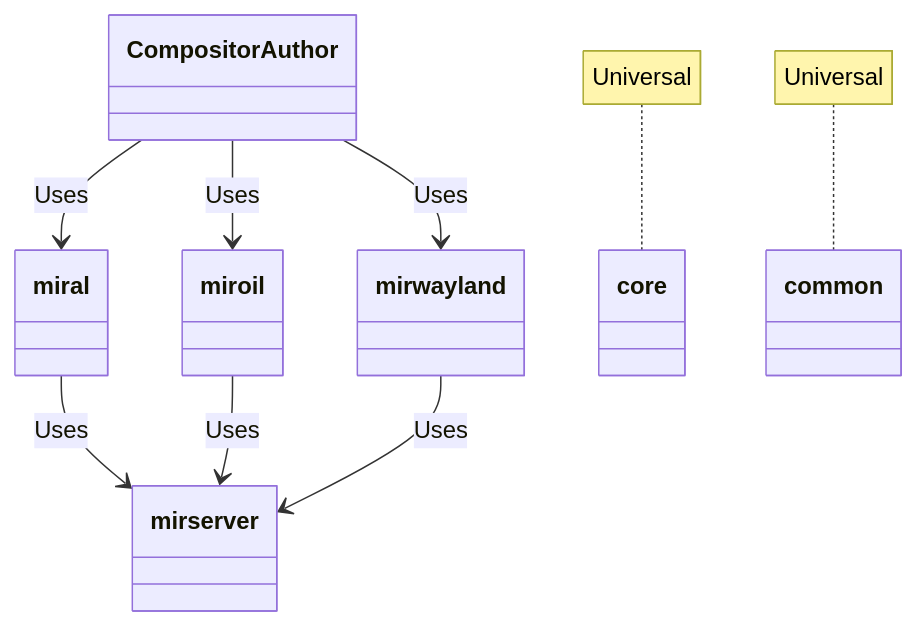
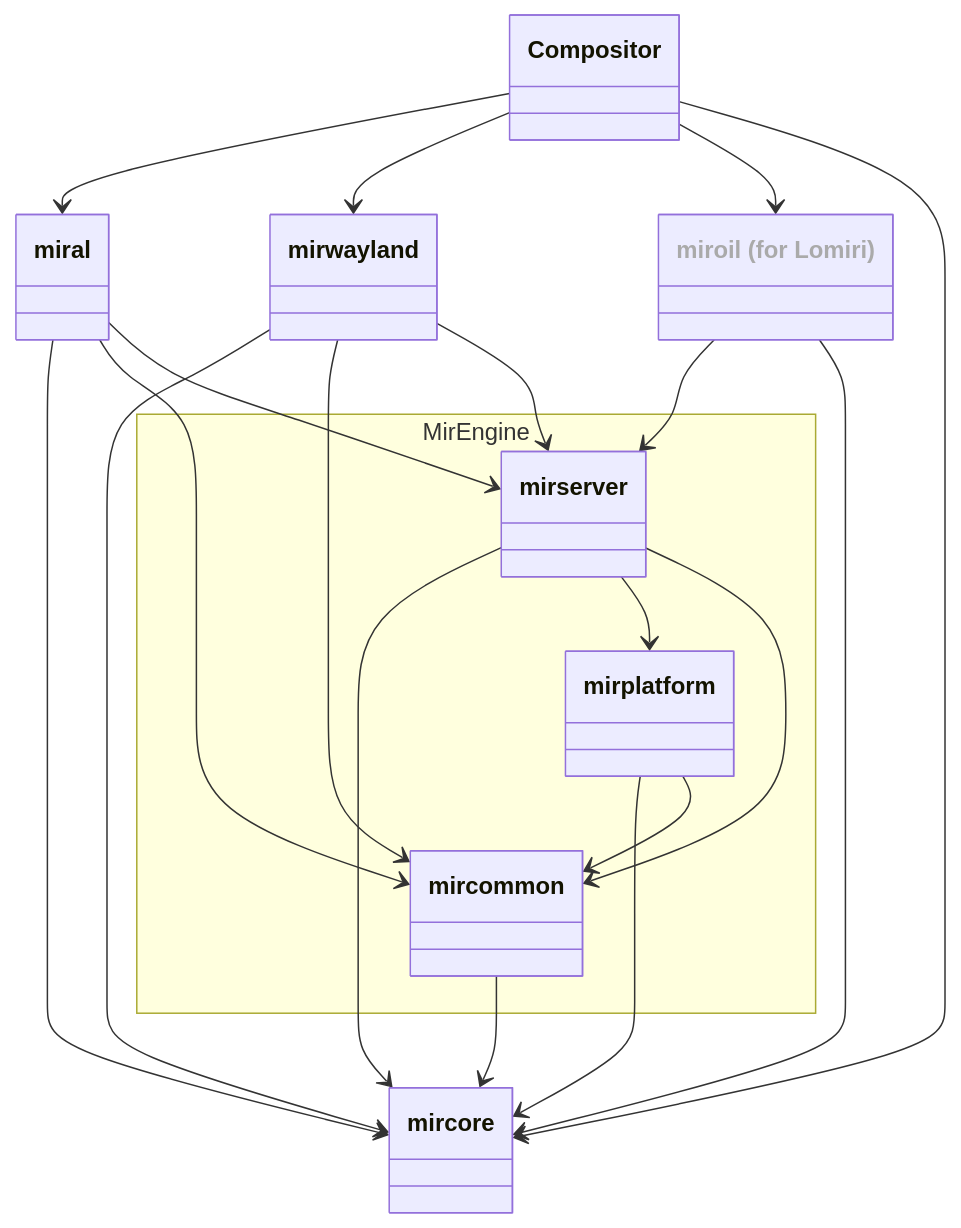
Before and after one commit to canonical/mir: the diagram in doc/sphinx/explanation/high_level_diagram.mmd, drawn with Mermaid. The commit also changed other lines of this file, not shown here.

Commit message:
Rework "high level diagram"

```diff
--- a/doc/sphinx/explanation/high_level_diagram.mmd
+++ b/doc/sphinx/explanation/high_level_diagram.mmd
@@ -1,14 +1,33 @@
 
 classDiagram
-    CompositorAuthor --> miral: Uses
-    CompositorAuthor --> miroil: Uses
-    CompositorAuthor --> mirwayland: Uses
+    mirserver --> mircore
+    mircommon --> mircore
+    mirplatform --> mircore
+    mirwayland --> mircore
+    miral --> mircore
 
-    miral --> mirserver: Uses
-    miroil --> mirserver: Uses
-    mirwayland --> mirserver: Uses
+    mirserver --> mirplatform
+    mirplatform --> mircommon
+    miral --> mircommon
+    mirserver --> mircommon
+    mirwayland --> mircommon
 
-    note for core "Universal"
-    note for common "Universal"
-    class core
-    class common
+
+    miral --> mirserver
+    mirwayland --> mirserver
+    miroil --> mirserver
+
+    Compositor --> miral
+    Compositor --> mirwayland
+    Compositor --> miroil
+
+    Compositor --> mircore
+
+    miroil --> mircore
+    class miroil["miroil (for Lomiri)"]
+    style miroil color:#aaa
+    namespace MirEngine {
+        class mirserver
+        class mircommon
+        class mirplatform
+    }
```
